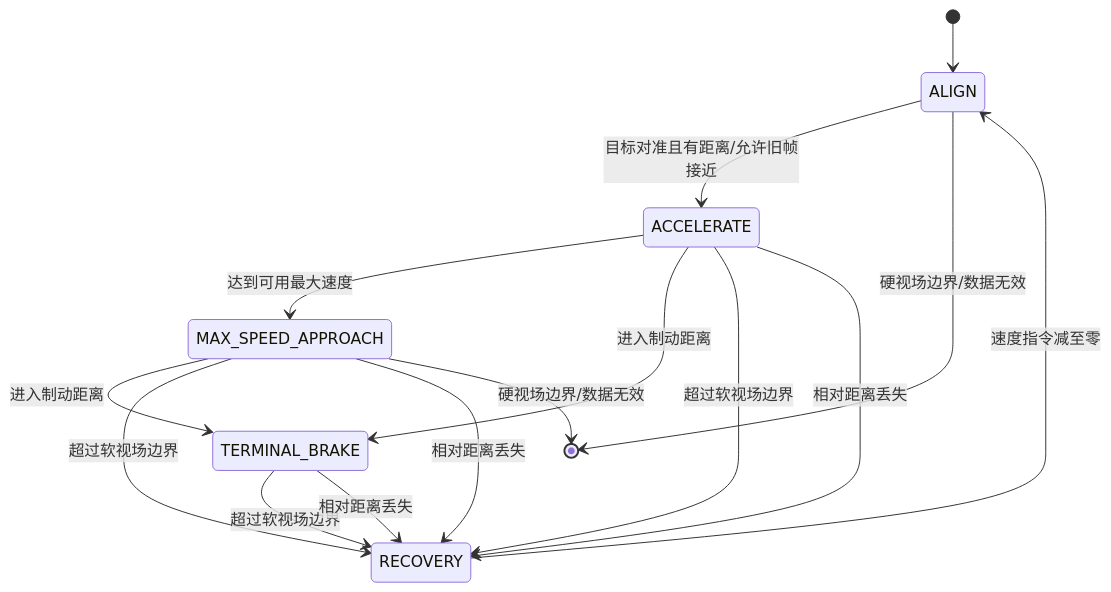
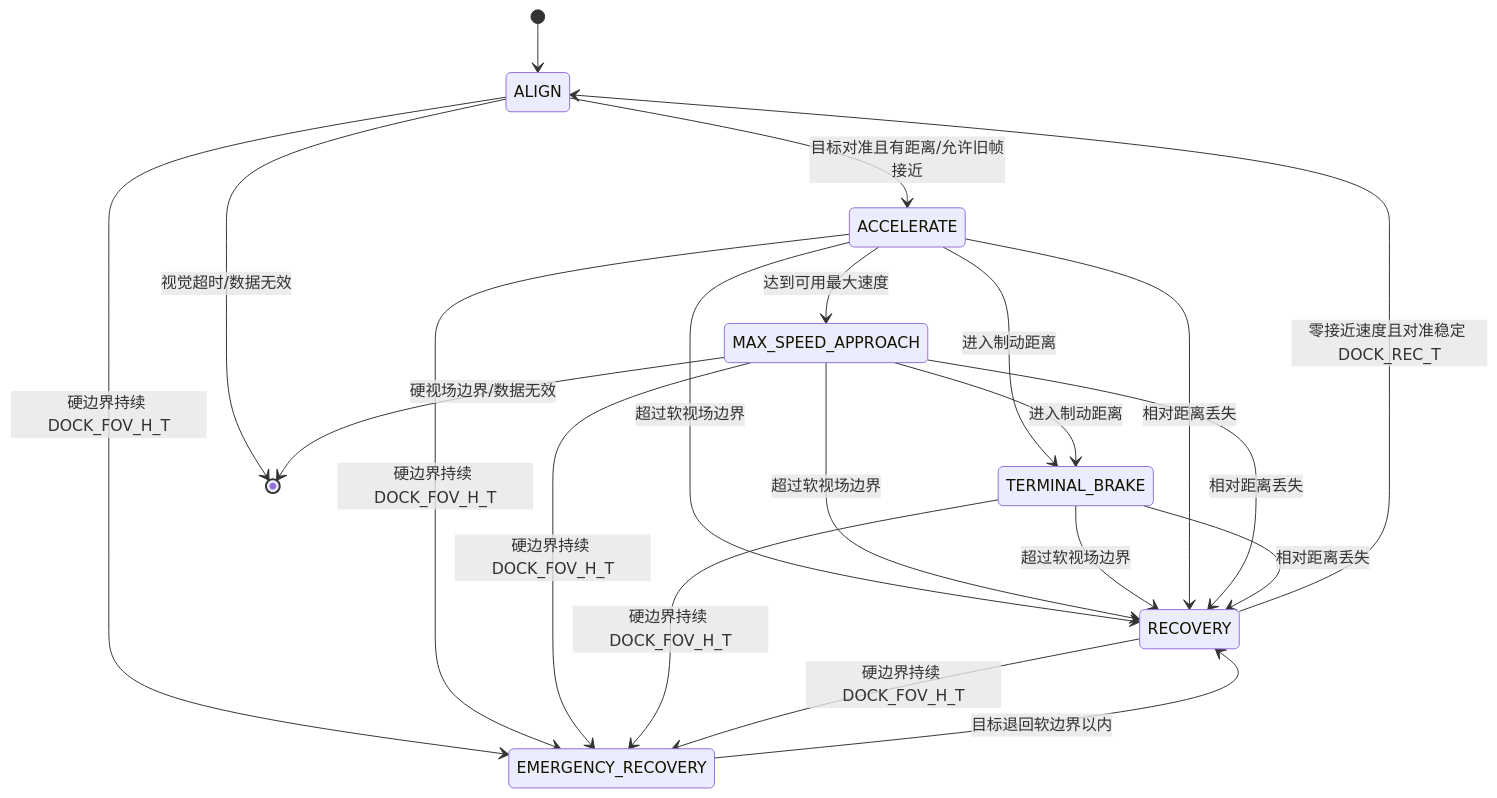
One commit to qikai820/px4-autopilot changed the third of 4 diagrams in docs/DockGuidance_代码逻辑流程图.md. Above: the diagram before and after it, drawn with Mermaid. The commit also changed other lines of this file and 6 other files, not shown here.

Commit message:
dock_guidance: stabilize FOV recovery and approach control

````diff
--- a/docs/DockGuidance_代码逻辑流程图.md
+++ b/docs/DockGuidance_代码逻辑流程图.md
@@ -51,17 +51,23 @@
 ```mermaid
 stateDiagram-v2
     [*] --> ALIGN
     ALIGN --> ACCELERATE: 目标对准且有距离/允许旧帧接近
     ACCELERATE --> MAX_SPEED_APPROACH: 达到可用最大速度
     ACCELERATE --> TERMINAL_BRAKE: 进入制动距离
     MAX_SPEED_APPROACH --> TERMINAL_BRAKE: 进入制动距离
     ACCELERATE --> RECOVERY: 超过软视场边界
     MAX_SPEED_APPROACH --> RECOVERY: 超过软视场边界
     TERMINAL_BRAKE --> RECOVERY: 超过软视场边界
+    ALIGN --> EMERGENCY_RECOVERY: 硬边界持续 DOCK_FOV_H_T
+    ACCELERATE --> EMERGENCY_RECOVERY: 硬边界持续 DOCK_FOV_H_T
+    MAX_SPEED_APPROACH --> EMERGENCY_RECOVERY: 硬边界持续 DOCK_FOV_H_T
+    TERMINAL_BRAKE --> EMERGENCY_RECOVERY: 硬边界持续 DOCK_FOV_H_T
+    RECOVERY --> EMERGENCY_RECOVERY: 硬边界持续 DOCK_FOV_H_T
+    EMERGENCY_RECOVERY --> RECOVERY: 目标退回软边界以内
     ACCELERATE --> RECOVERY: 相对距离丢失
     MAX_SPEED_APPROACH --> RECOVERY: 相对距离丢失
     TERMINAL_BRAKE --> RECOVERY: 相对距离丢失
-    RECOVERY --> ALIGN: 速度指令减至零
-    ALIGN --> [*]: 硬视场边界/数据无效
+    RECOVERY --> ALIGN: 零接近速度且对准稳定 DOCK_REC_T
+    ALIGN --> [*]: 视觉超时/数据无效
     MAX_SPEED_APPROACH --> [*]: 硬视场边界/数据无效
 ```
````
